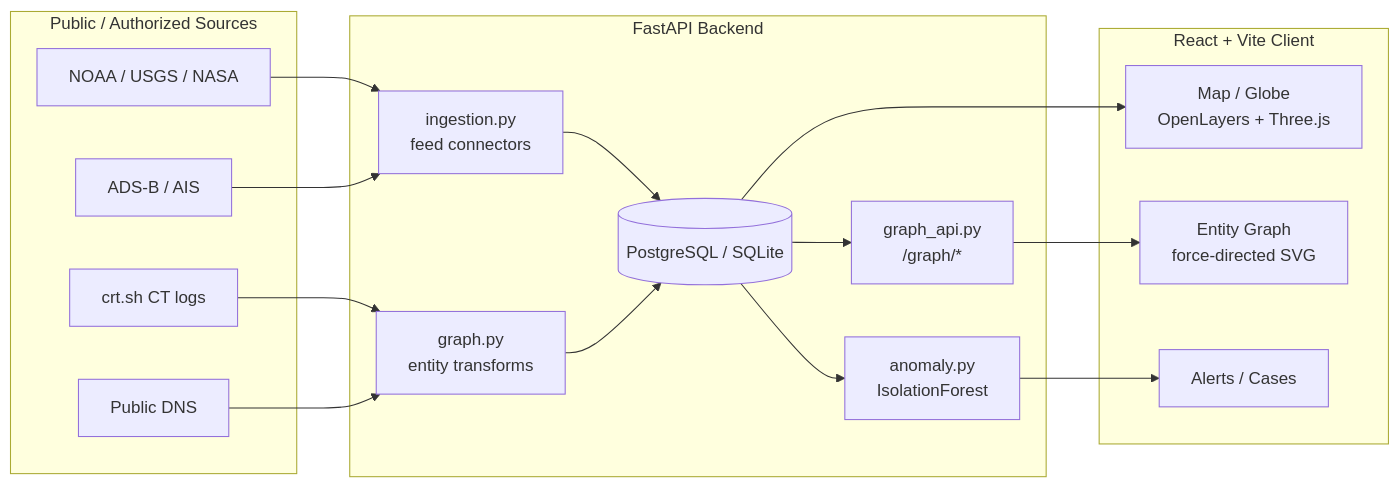
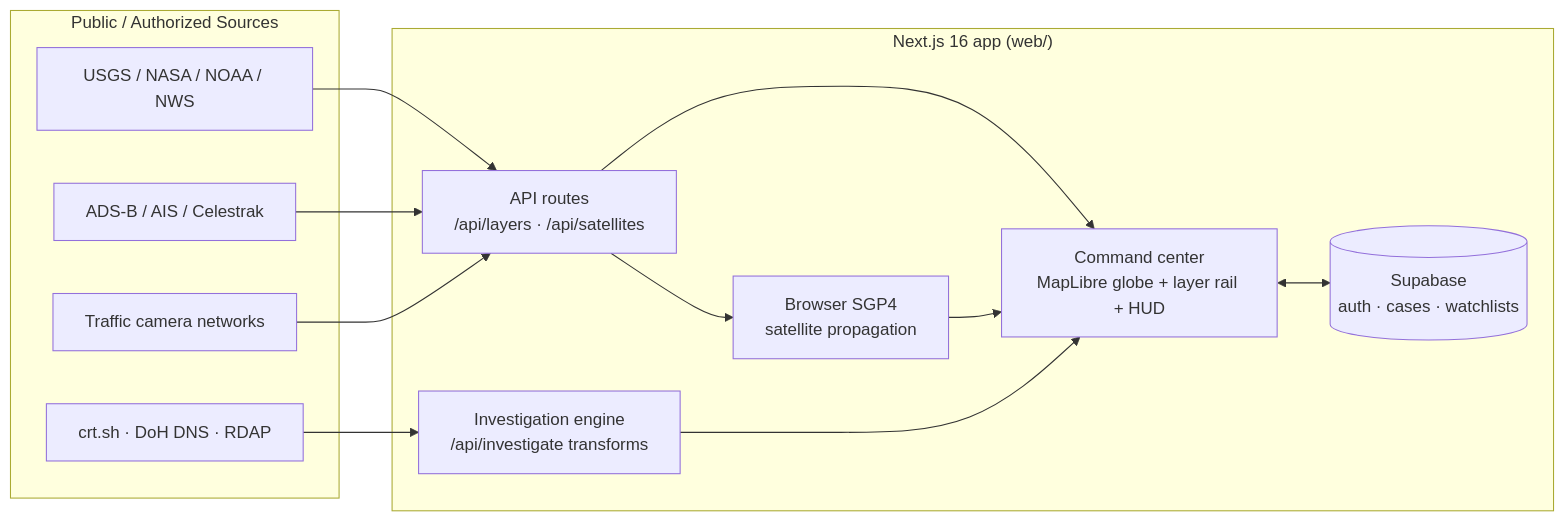
Before and after one commit to kamikaze1120/RTAIP: the diagram in README.md, drawn with Mermaid. The commit also changed other lines of this file and 8 other files, not shown here.

First line of the commit message:
feat(web): neon gold/red theme, New Zealand + Finland camera networks, refreshed README

````diff
--- a/README.md
+++ b/README.md
@@ -60,26 +99,20 @@
 ```mermaid
 flowchart LR
   subgraph Sources["Public / Authorized Sources"]
-    G1[NOAA / USGS / NASA]
-    G2[ADS-B / AIS]
-    O1[crt.sh CT logs]
-    O2[Public DNS]
+    G1[USGS / NASA / NOAA / NWS]
+    G2[ADS-B / AIS / Celestrak]
+    C1[Traffic camera networks]
+    O1[crt.sh · DoH DNS · RDAP]
   end
-  subgraph Backend["FastAPI Backend"]
-    ING[ingestion.py<br/>feed connectors]
-    GR[graph.py<br/>entity transforms]
-    AN[anomaly.py<br/>IsolationForest]
-    API[graph_api.py<br/>/graph/*]
-    DB[(PostgreSQL / SQLite)]
+  subgraph App["Next.js 16 app (web/)"]
+    RT[API routes<br/>/api/layers · /api/satellites]
+    INV[Investigation engine<br/>/api/investigate transforms]
+    CC[Command center<br/>MapLibre globe + layer rail + HUD]
+    SAT[Browser SGP4<br/>satellite propagation]
+    SB[(Supabase<br/>auth · cases · watchlists)]
   end
-  subgraph Frontend["React + Vite Client"]
-    MAP[Map / Globe<br/>OpenLayers + Three.js]
-    EG[Entity Graph<br/>force-directed SVG]
-    AL[Alerts / Cases]
-  end
-  G1 & G2 --> ING --> DB
-  O1 & O2 --> GR --> DB
-  DB --> AN --> AL
-  DB --> API --> EG
-  DB --> MAP
+  G1 & G2 & C1 --> RT --> CC
+  O1 --> INV --> CC
+  RT --> SAT --> CC
+  CC <--> SB
 ```
````
